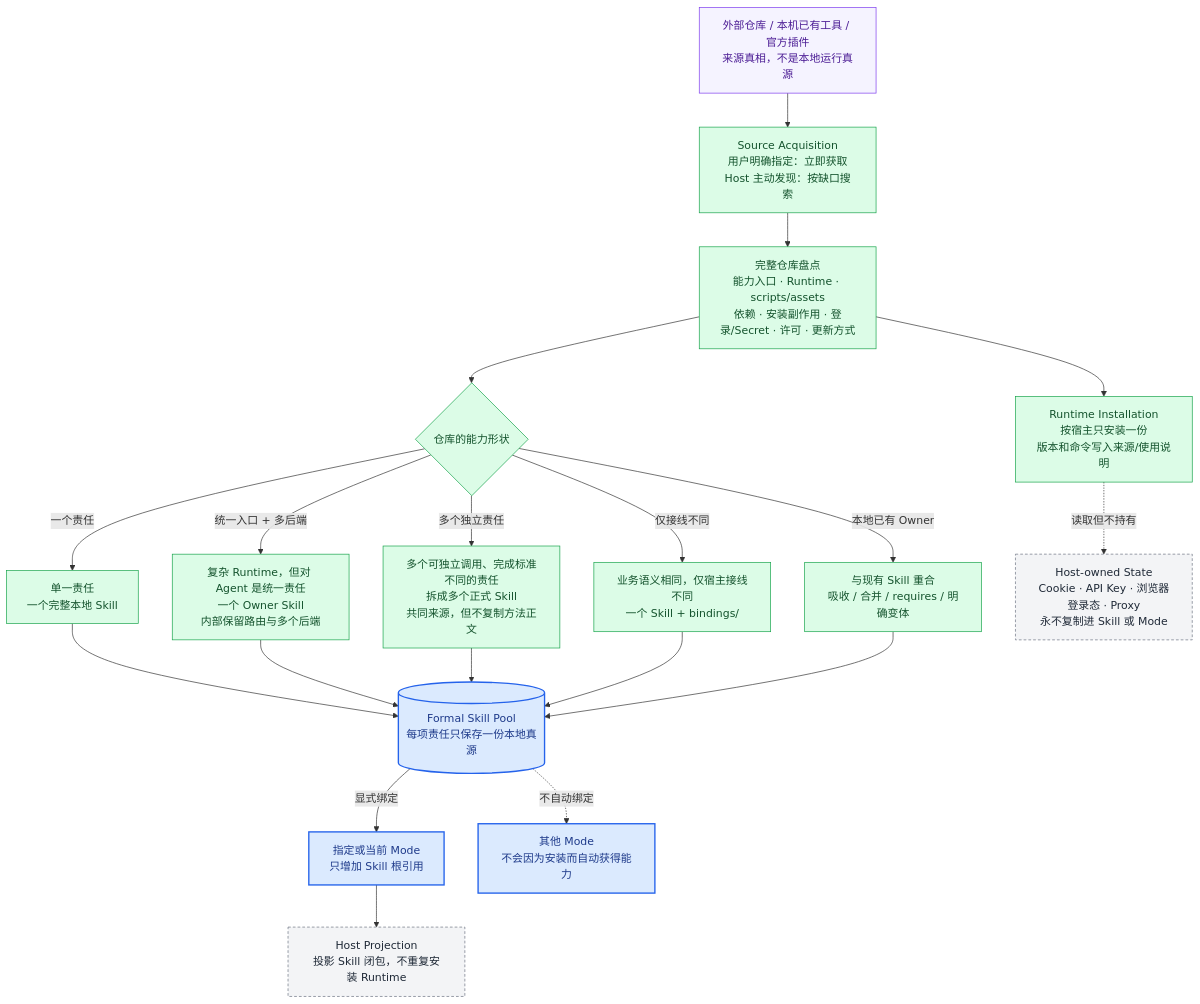
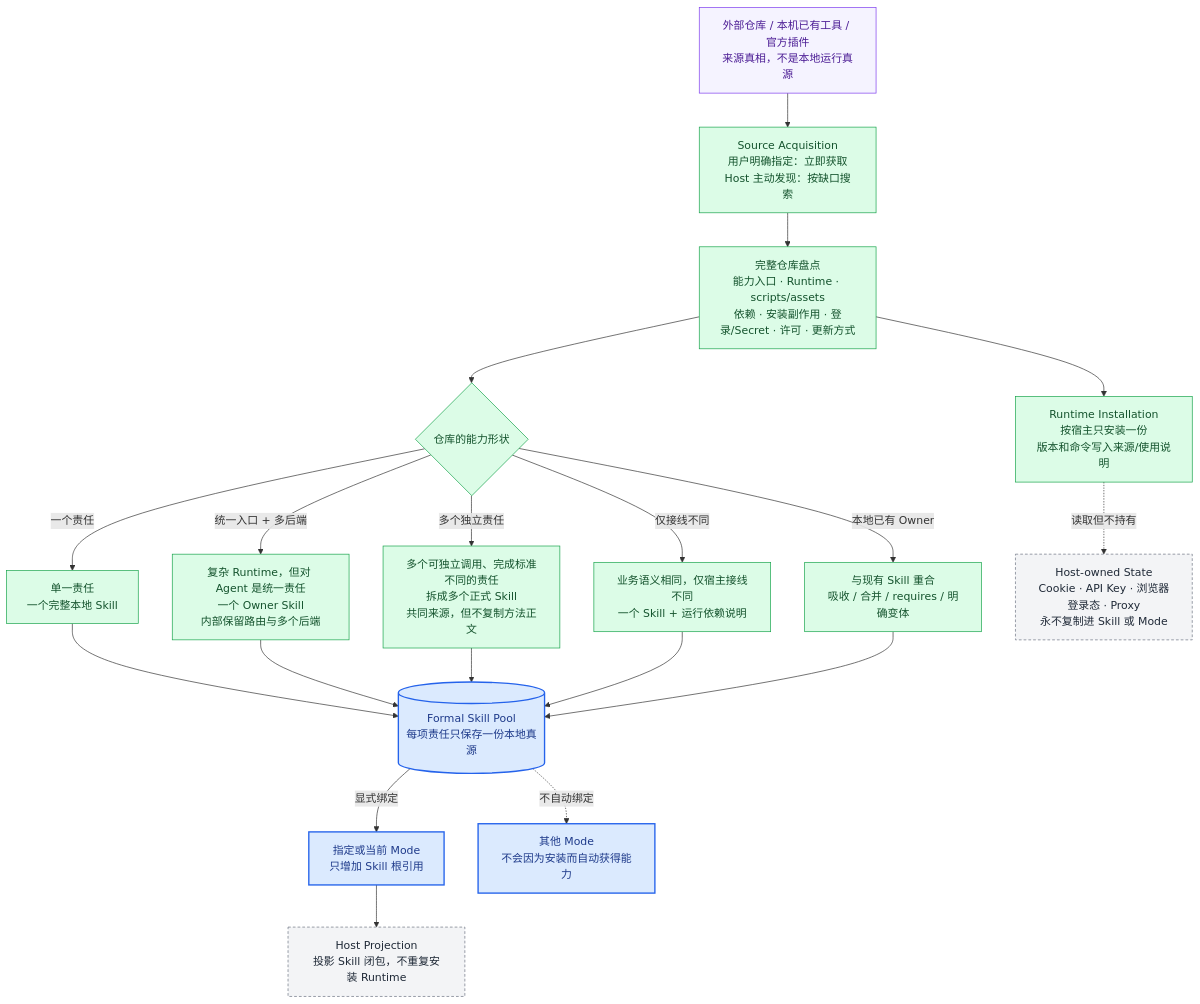
The tenth of 16 diagrams in docs/asl-architecture-views.md (qihangzhang-272/asl-harness), drawn with Mermaid before and after one commit. The commit also changed other lines of this file and 12 other files, not shown here.

````diff
--- a/docs/asl-architecture-views.md
+++ b/docs/asl-architecture-views.md
@@ -561,46 +729,46 @@
 ```mermaid
 flowchart TB
     SOURCE["外部仓库 / 本机已有工具 / 官方插件<br/>来源真相，不是本地运行真源"]
     ACQUIRE["Source Acquisition<br/>用户明确指定：立即获取<br/>Host 主动发现：按缺口搜索"]
     INVENTORY["完整仓库盘点<br/>能力入口 · Runtime · scripts/assets<br/>依赖 · 安装副作用 · 登录/Secret · 许可 · 更新方式"]
     SHAPE{"仓库的能力形状"}
 
     ONE["单一责任<br/>一个完整本地 Skill"]
     UNIFIED["复杂 Runtime，但对 Agent 是统一责任<br/>一个 Owner Skill<br/>内部保留路由与多个后端"]
     MULTI["多个可独立调用、完成标准不同的责任<br/>拆成多个正式 Skill<br/>共同来源，但不复制方法正文"]
-    ADAPTER["业务语义相同，仅宿主接线不同<br/>一个 Skill + bindings/"]
+    ADAPTER["业务语义相同，仅宿主接线不同<br/>一个 Skill + 运行依赖说明"]
     ABSORB["与现有 Skill 重合<br/>吸收 / 合并 / requires / 明确变体"]
 
     RUNTIME["Runtime Installation<br/>按宿主只安装一份<br/>版本和命令写入来源/使用说明"]
     SECRETS["Host-owned State<br/>Cookie · API Key · 浏览器登录态 · Proxy<br/>永不复制进 Skill 或 Mode"]
     POOL[("Formal Skill Pool<br/>每项责任只保存一份本地真源")]
     MODE["指定或当前 Mode<br/>只增加 Skill 根引用"]
     OTHER["其他 Mode<br/>不会因为安装而自动获得能力"]
     PROJECT["Host Projection<br/>投影 Skill 闭包，不重复安装 Runtime"]
 
     SOURCE --> ACQUIRE --> INVENTORY --> SHAPE
     SHAPE -->|一个责任| ONE
     SHAPE -->|统一入口 + 多后端| UNIFIED
     SHAPE -->|多个独立责任| MULTI
     SHAPE -->|仅接线不同| ADAPTER
     SHAPE -->|本地已有 Owner| ABSORB
     ONE --> POOL
     UNIFIED --> POOL
     MULTI --> POOL
     ADAPTER --> POOL
     ABSORB --> POOL
     INVENTORY --> RUNTIME
     RUNTIME -.读取但不持有.-> SECRETS
     POOL -->|显式绑定| MODE
     POOL -.不自动绑定.-> OTHER
     MODE --> PROJECT
 
     classDef locked fill:#dbeafe,stroke:#2563eb,color:#1e3a8a,stroke-width:2px;
     classDef done fill:#dcfce7,stroke:#16a34a,color:#14532d;
     classDef generated fill:#f3f4f6,stroke:#6b7280,color:#1f2937,stroke-dasharray:4 3;
     classDef source fill:#f5f3ff,stroke:#7c3aed,color:#4c1d95;
     class SOURCE source;
     class POOL,MODE,OTHER locked;
     class ACQUIRE,INVENTORY,SHAPE,ONE,UNIFIED,MULTI,ADAPTER,ABSORB,RUNTIME done;
     class SECRETS,PROJECT generated;
 ```
````
